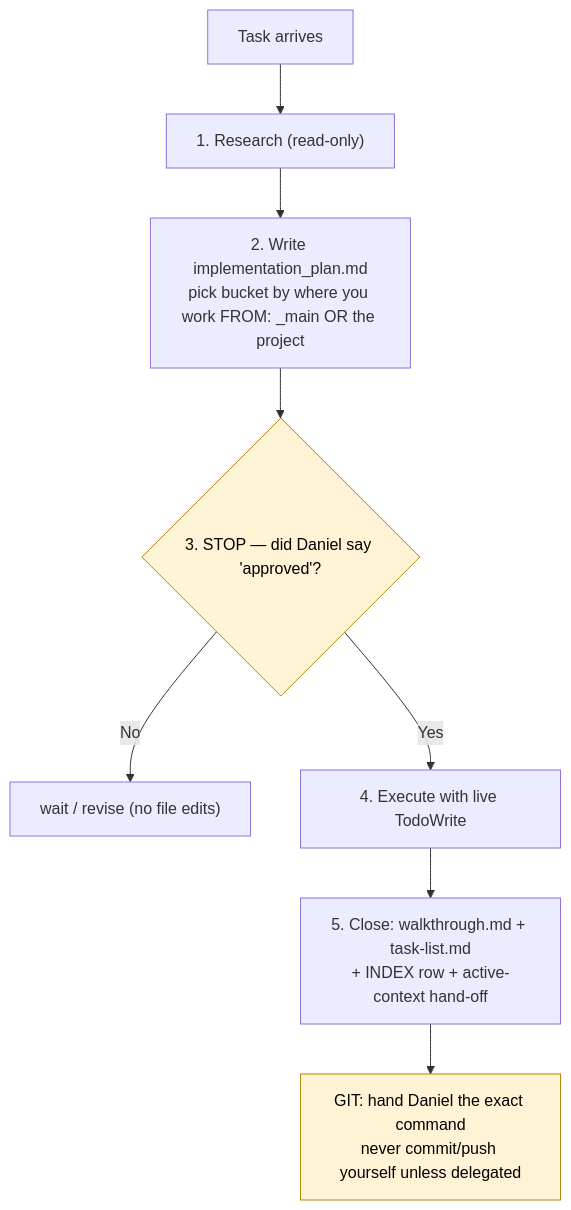
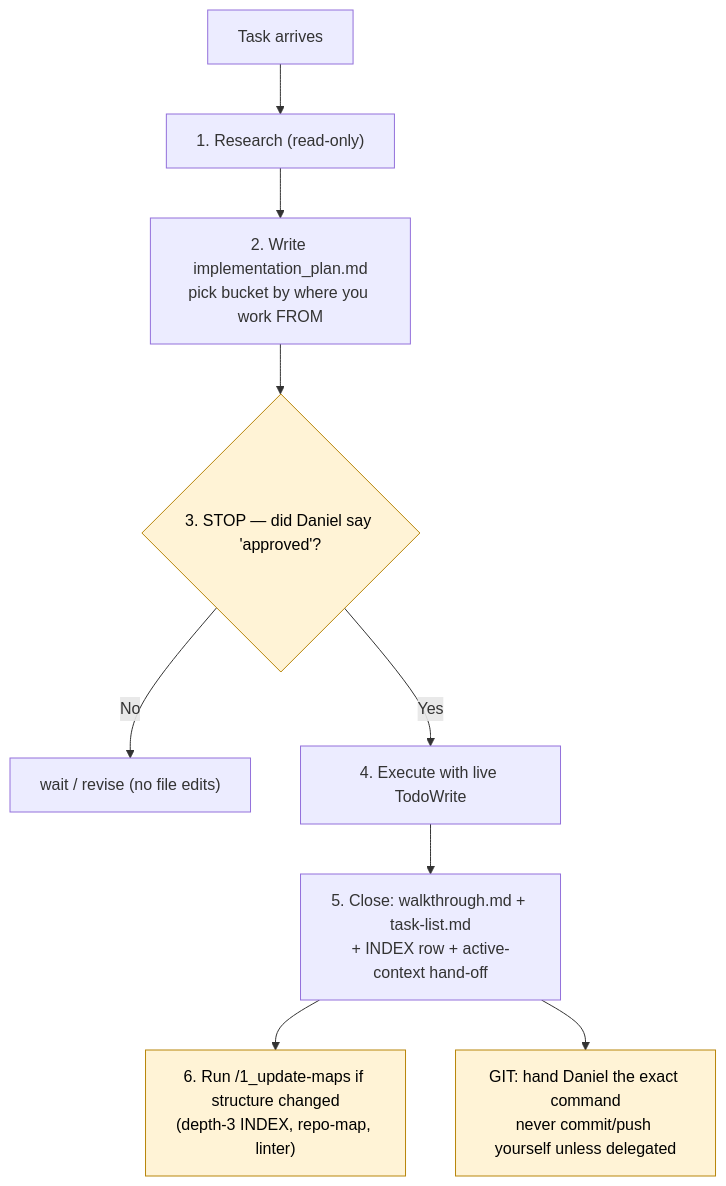
One commit to sudomadhatter/Sudo_Hatter_Command changed the fifth of 6 diagrams in _my_resources/diagrams_guides/system/file_folder_structure+maintaining.md. Above: the diagram before and after it, drawn with Mermaid. The commit also changed other lines of this file, not shown here.

Commit message:
docs: add system quick reference guide for file structure and maintenance workflows

````diff
--- a/_my_resources/diagrams_guides/system/file_folder_structure+maintaining.md
+++ b/_my_resources/diagrams_guides/system/file_folder_structure+maintaining.md
@@ -97,13 +160,14 @@
 ```mermaid
 flowchart TD
     REQ["Task arrives"] --> RES["1. Research (read-only)"]
-    RES --> PW["2. Write implementation_plan.md\npick bucket by where you work FROM: _main OR the project"]
+    RES --> PW["2. Write implementation_plan.md\npick bucket by where you work FROM"]
     PW --> GATE{"3. STOP — did Daniel say 'approved'?"}
     GATE -- "No" --> WAIT["wait / revise (no file edits)"]
     GATE -- "Yes" --> EX["4. Execute with live TodoWrite"]
     EX --> CL["5. Close: walkthrough.md + task-list.md\n+ INDEX row + active-context hand-off"]
+    CL --> MAPS["6. Run /1_update-maps if structure changed\n(depth-3 INDEX, repo-map, linter)"]
     CL --> GIT["GIT: hand Daniel the exact command\nnever commit/push yourself unless delegated"]
 
     classDef gate fill:#fff3d6,stroke:#b8860b,color:#000
-    class GATE,GIT gate
+    class GATE,GIT,MAPS gate
 ```
````
